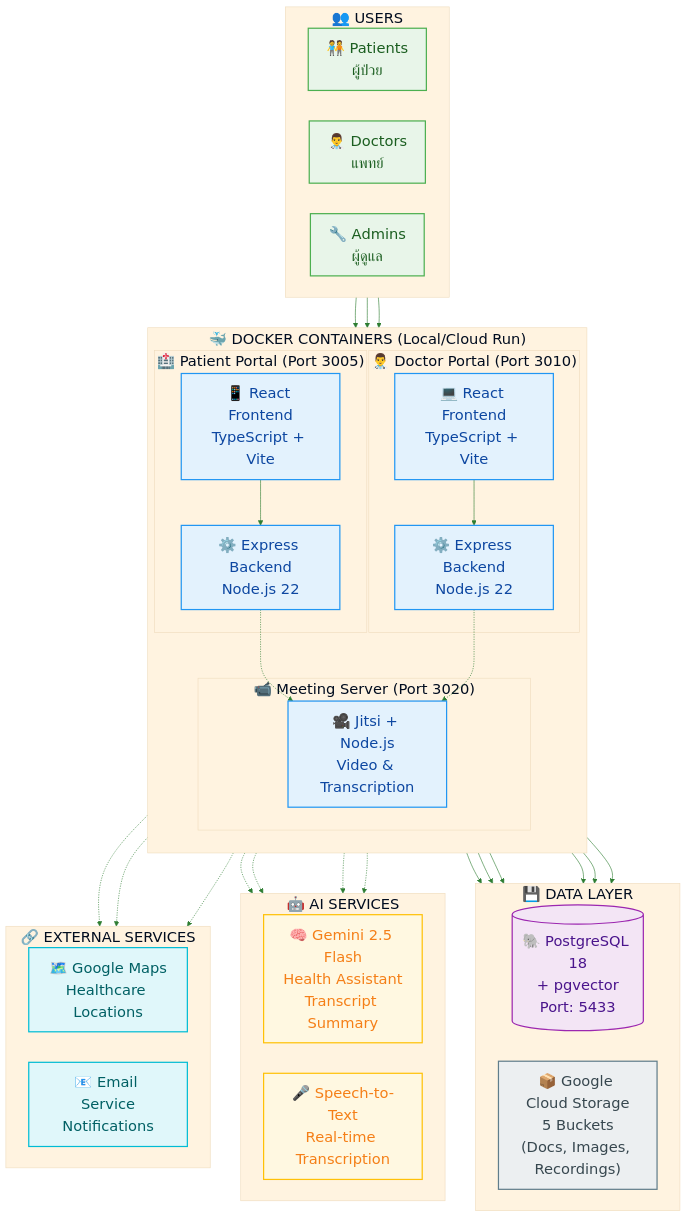
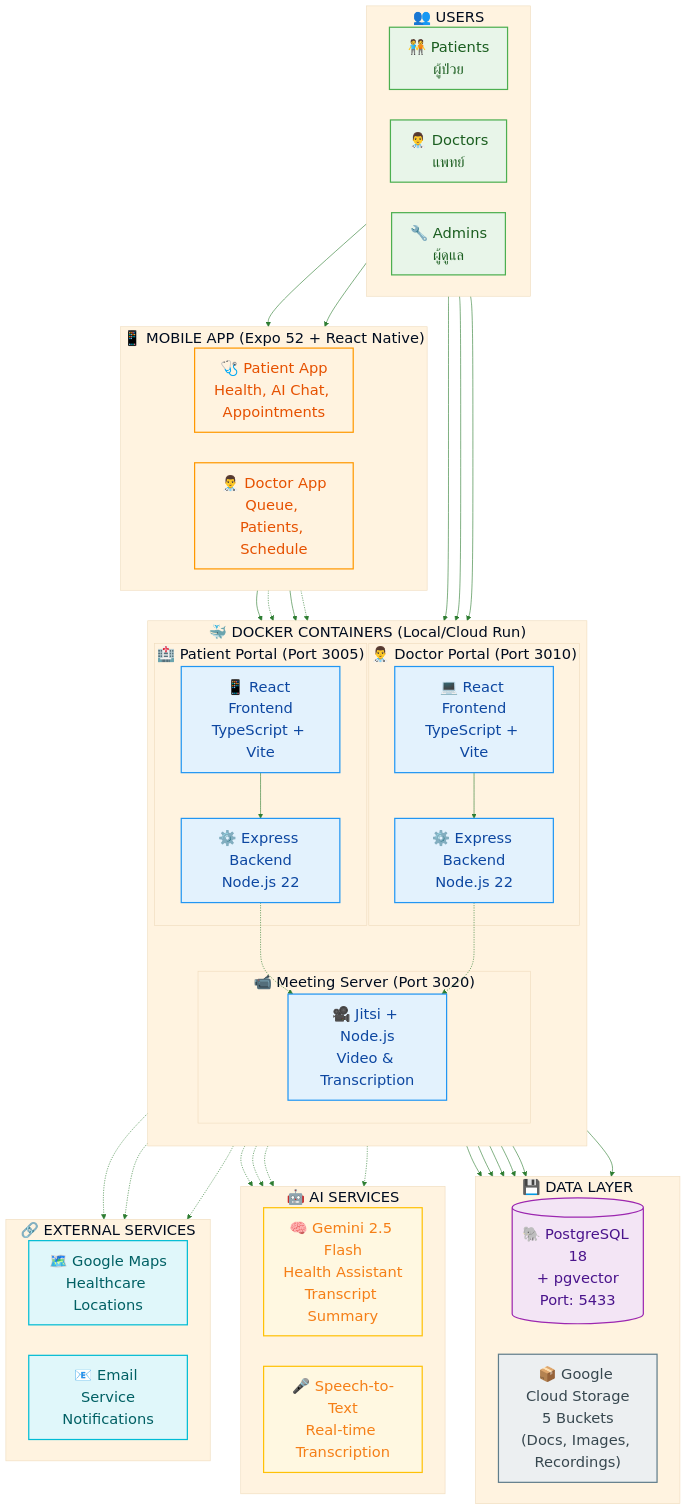
The diagram in Presentations/diagrams/01-system-architecture.mmd (chiraleo2000/Isara-Anywhere), drawn with Mermaid before and after one commit. The commit also changed 19 other files, not shown here.

```diff
--- a/Presentations/diagrams/01-system-architecture.mmd
+++ b/Presentations/diagrams/01-system-architecture.mmd
@@ -1,102 +1,118 @@
 %%{init: {
   'theme': 'base',
   'themeVariables': {
     'primaryColor': '#E8F5E9',
     'primaryTextColor': '#1B5E20',
     'primaryBorderColor': '#4CAF50',
     'lineColor': '#2E7D32',
     'secondaryColor': '#E3F2FD',
     'tertiaryColor': '#FFF3E0',
     'fontSize': '24px',
     'fontFamily': 'Segoe UI, Arial'
   }
 }}%%
 
 flowchart TB
     subgraph USERS["👥 USERS"]
         direction LR
         P["🧑‍🤝‍🧑 Patients<br/>ผู้ป่วย"]
         D["👨‍⚕️ Doctors<br/>แพทย์"]
         A["🔧 Admins<br/>ผู้ดูแล"]
+    end
+
+    subgraph MOBILE["📱 MOBILE APP (Expo 52 + React Native)"]
+        direction LR
+        M_PAT["🩺 Patient App<br/>Health, AI Chat, Appointments"]
+        M_DOC["👨‍⚕️ Doctor App<br/>Queue, Patients, Schedule"]
     end
 
     subgraph CONTAINERS["🐳 DOCKER CONTAINERS (Local/Cloud Run)"]
         direction TB
         subgraph PP_CONT["🏥 Patient Portal (Port 3005)"]
             PP_FE["📱 React Frontend<br/>TypeScript + Vite"]
             PP_BE["⚙️ Express Backend<br/>Node.js 22"]
         end
         subgraph DP_CONT["👨‍⚕️ Doctor Portal (Port 3010)"]
             DP_FE["💻 React Frontend<br/>TypeScript + Vite"]
             DP_BE["⚙️ Express Backend<br/>Node.js 22"]
         end
         subgraph MS_CONT["📹 Meeting Server (Port 3020)"]
             MS["🎥 Jitsi + Node.js<br/>Video & Transcription"]
         end
     end
 
     subgraph DATA_LAYER["💾 DATA LAYER"]
         direction LR
         POSTGRES[("🐘 PostgreSQL 18<br/>+ pgvector<br/>Port: 5433")]
         GCS["📦 Google Cloud Storage<br/>5 Buckets<br/>(Docs, Images, Recordings)"]
     end
 
     subgraph AI_SERVICES["🤖 AI SERVICES"]
         direction LR
         GEMINI["🧠 Gemini 2.5 Flash<br/>Health Assistant<br/>Transcript Summary"]
         STT["🎤 Speech-to-Text<br/>Real-time Transcription"]
     end
 
     subgraph EXTERNAL["🔗 EXTERNAL SERVICES"]
         direction LR
         MAPS["🗺️ Google Maps<br/>Healthcare Locations"]
         EMAIL["📧 Email Service<br/>Notifications"]
     end
 
     %% User connections
     P --> PP_FE
+    P --> M_PAT
     D --> DP_FE
+    D --> M_DOC
     A --> DP_FE
+
+    %% Mobile to Backend
+    M_PAT --> PP_BE
+    M_PAT -.-> MS
+    M_DOC --> DP_BE
+    M_DOC -.-> MS
 
     %% Frontend to Backend
     PP_FE --> PP_BE
     DP_FE --> DP_BE
 
     %% Backend to Database
     PP_BE --> POSTGRES
     DP_BE --> POSTGRES
     MS --> POSTGRES
 
     %% Backend to Storage
     PP_BE --> GCS
     DP_BE --> GCS
     MS --> GCS
 
     %% Backend to AI
     PP_BE -.-> GEMINI
     DP_BE -.-> GEMINI
     MS -.-> STT
     MS -.-> GEMINI
 
     %% Backend to External
     PP_BE -.-> MAPS
     PP_BE -.-> EMAIL
     DP_BE -.-> EMAIL
 
     %% Portal to Meeting Server
     PP_BE -.-> MS
     DP_BE -.-> MS
 
     classDef userStyle fill:#E8F5E9,stroke:#4CAF50,stroke-width:2px,color:#1B5E20
     classDef containerStyle fill:#E3F2FD,stroke:#2196F3,stroke-width:2px,color:#0D47A1
+    classDef mobileStyle fill:#FFF3E0,stroke:#FF9800,stroke-width:2px,color:#E65100
     classDef dbStyle fill:#F3E5F5,stroke:#9C27B0,stroke-width:2px,color:#4A148C
     classDef storageStyle fill:#ECEFF1,stroke:#607D8B,stroke-width:2px,color:#37474F
     classDef aiStyle fill:#FFF8E1,stroke:#FFC107,stroke-width:2px,color:#F57F17
     classDef serviceStyle fill:#E0F7FA,stroke:#00BCD4,stroke-width:2px,color:#006064
 
     class P,D,A userStyle
     class PP_FE,PP_BE,DP_FE,DP_BE,MS containerStyle
+    class M_PAT,M_DOC mobileStyle
     class POSTGRES dbStyle
     class GCS storageStyle
     class GEMINI,STT aiStyle
     class MAPS,EMAIL serviceStyle
```
